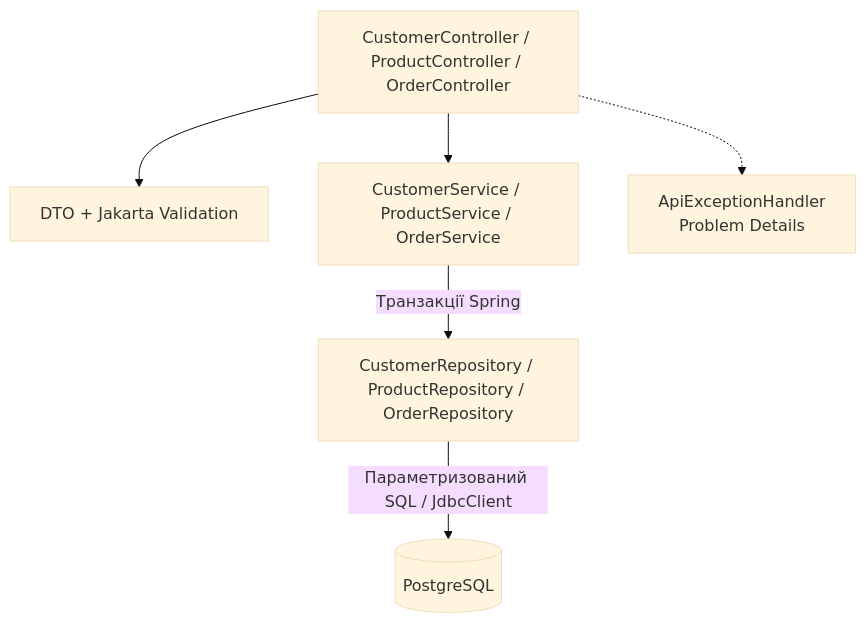
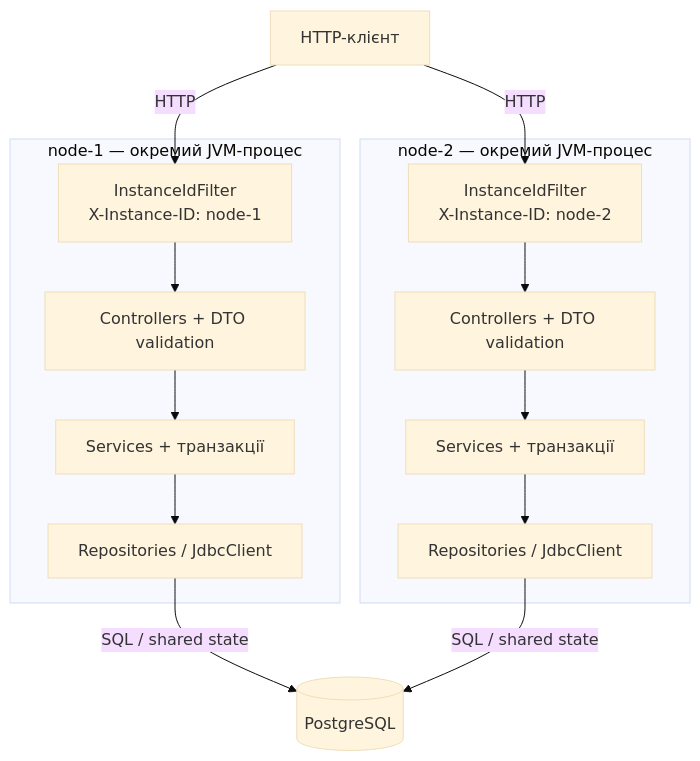
Before and after one commit to y-nikitin/high_load: the fourth of 4 diagrams in README.md, drawn with Mermaid (base theme). The commit also changed other lines of this file and 10 other files, not shown here.

````diff
--- a/README.md
+++ b/README.md
@@ -137,14 +248,23 @@
 ```mermaid
 flowchart TD
-    controllers["CustomerController / ProductController / OrderController"]
-    validation["DTO + Jakarta Validation"]
-    services["CustomerService / ProductService / OrderService"]
-    repositories["CustomerRepository / ProductRepository / OrderRepository"]
+    client[HTTP-клієнт]
+    subgraph node1["node-1 — окремий JVM-процес"]
+        filter1["InstanceIdFilter\nX-Instance-ID: node-1"]
+        controllers1["Controllers + DTO validation"]
+        services1["Services + транзакції"]
+        repositories1["Repositories / JdbcClient"]
+        filter1 --> controllers1 --> services1 --> repositories1
+    end
+    subgraph node2["node-2 — окремий JVM-процес"]
+        filter2["InstanceIdFilter\nX-Instance-ID: node-2"]
+        controllers2["Controllers + DTO validation"]
+        services2["Services + транзакції"]
+        repositories2["Repositories / JdbcClient"]
+        filter2 --> controllers2 --> services2 --> repositories2
+    end
     db[(PostgreSQL)]
-    errors["ApiExceptionHandler\nProblem Details"]
-    controllers --> validation
-    controllers --> services
-    services -->|"Транзакції Spring"| repositories
-    repositories -->|"Параметризований SQL / JdbcClient"| db
-    controllers -.-> errors
+    client -->|HTTP| filter1
+    client -->|HTTP| filter2
+    repositories1 -->|"SQL / shared state"| db
+    repositories2 -->|"SQL / shared state"| db
 ```
````
